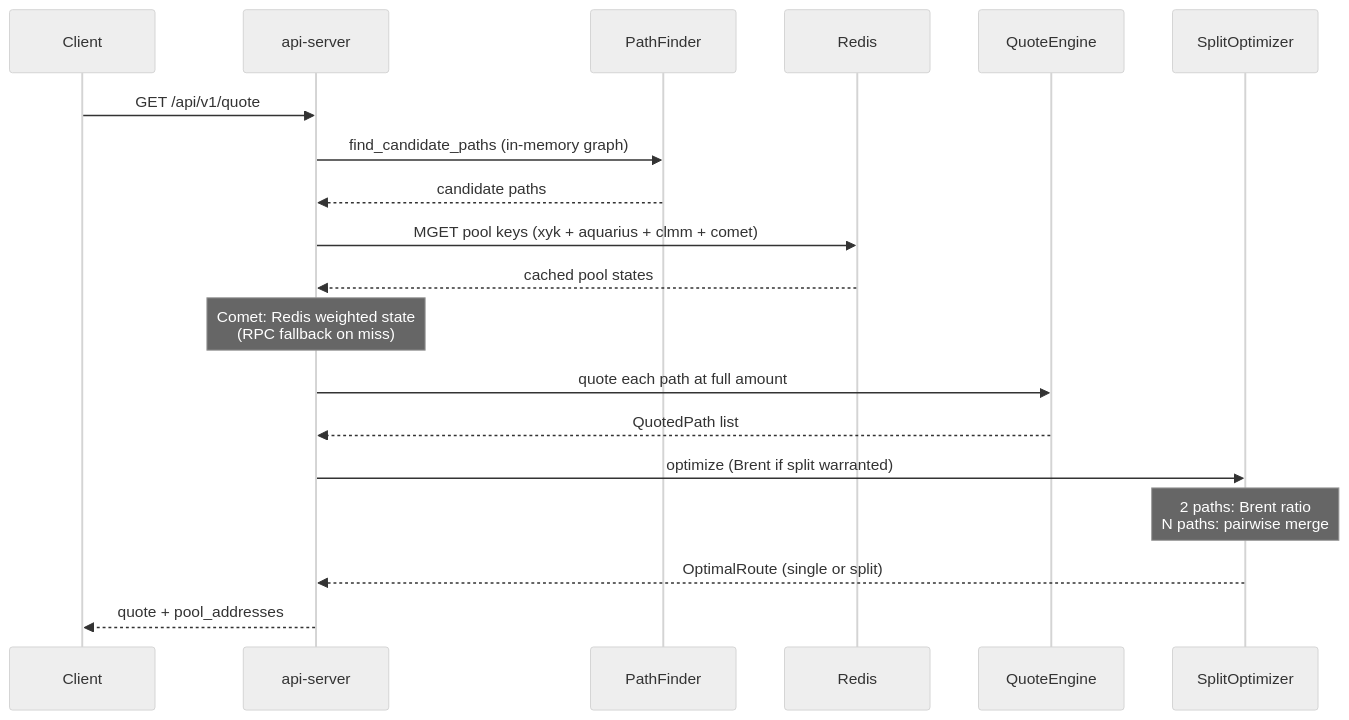
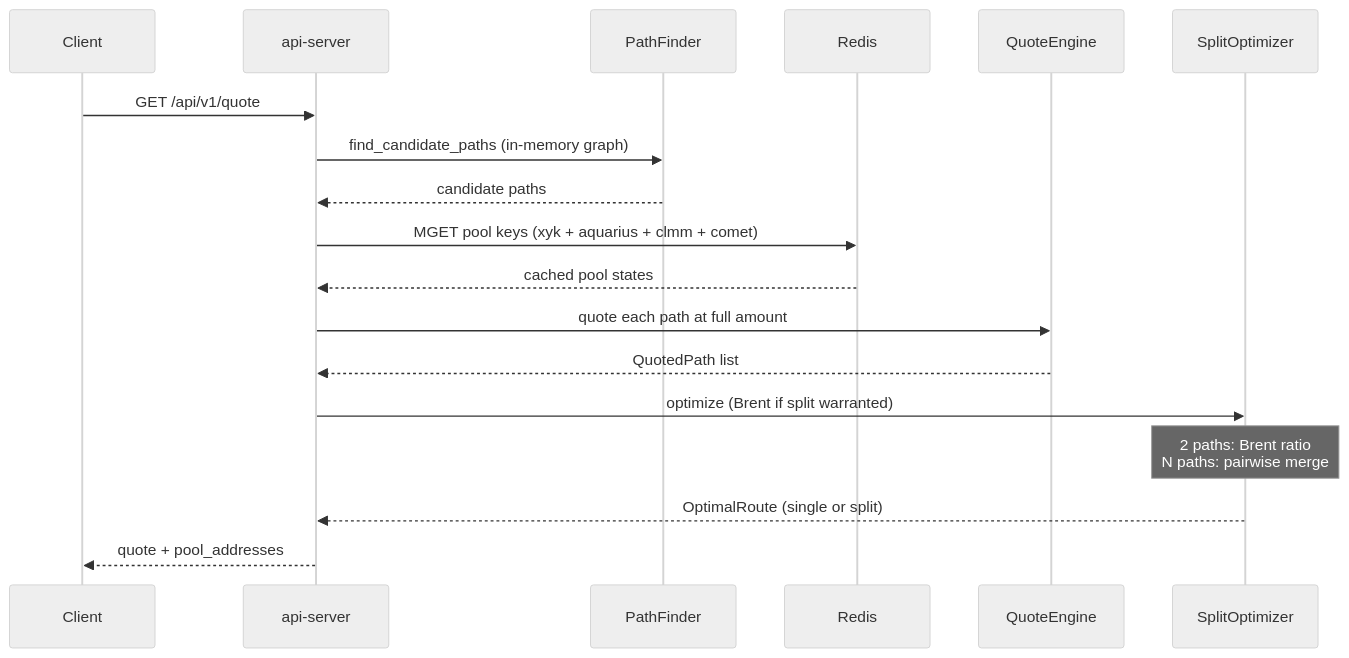
Before and after one commit to Lum-Agg/stellar-dex-agg: the third of 3 diagrams in README.md, drawn with Mermaid (neutral theme). The commit also changed other lines of this file and 1 other file, not shown here.

````diff
--- a/README.md
+++ b/README.md
@@ -125,22 +124,21 @@
 ```mermaid
 sequenceDiagram
   participant C as Client
   participant API as api-server
   participant PF as PathFinder
   participant R as Redis
   participant QE as QuoteEngine
   participant SO as SplitOptimizer
 
   C->>API: GET /api/v1/quote
   API->>PF: find_candidate_paths (in-memory graph)
   PF-->>API: candidate paths
   API->>R: MGET pool keys (xyk + aquarius + clmm + comet)
   R-->>API: cached pool states
-  Note over API: Comet: Redis weighted state<br/>(RPC fallback on miss)
   API->>QE: quote each path at full amount
   QE-->>API: QuotedPath list
   API->>SO: optimize (Brent if split warranted)
   Note over SO: 2 paths: Brent ratio<br/>N paths: pairwise merge
   SO-->>API: OptimalRoute (single or split)
   API-->>C: quote + pool_addresses
 ```
````
